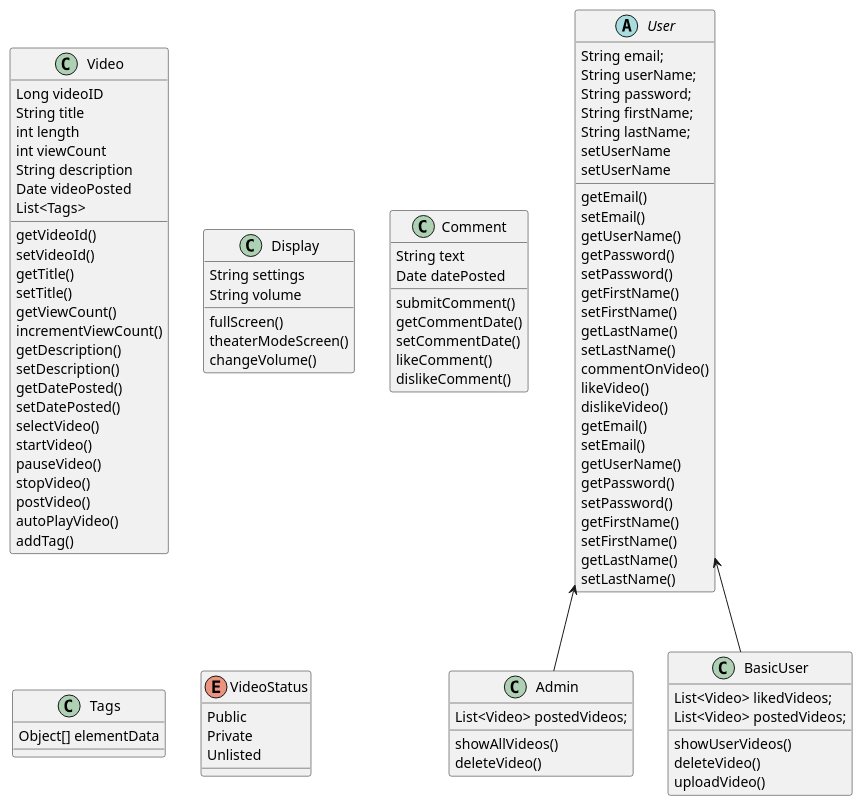
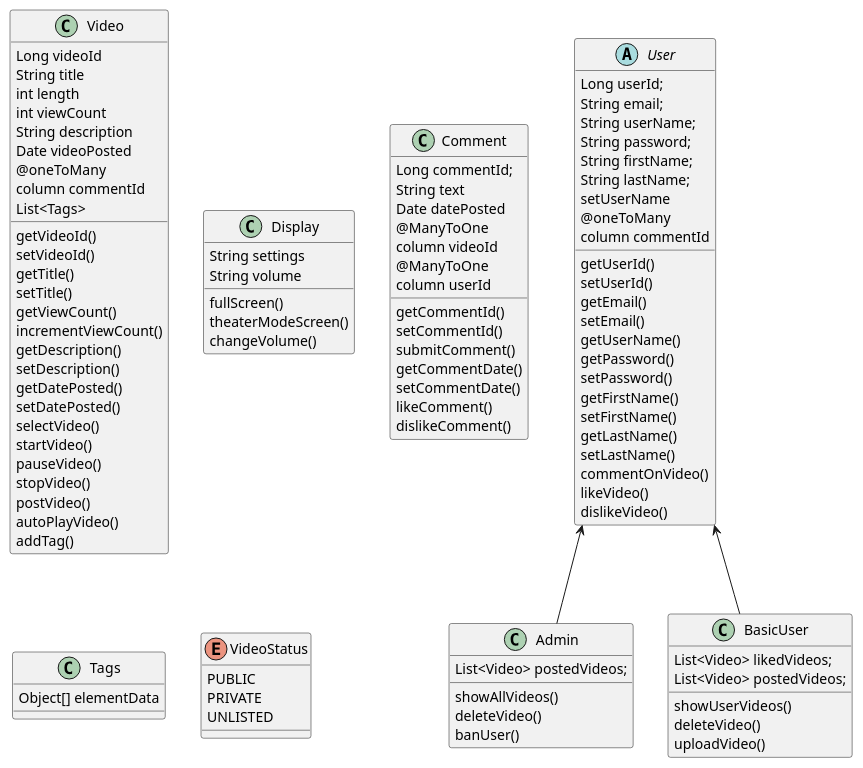
Before and after one commit to theresa-mashura/FullStack.MicroWebApplication-Server: the diagram in ZipTubeUML.puml, drawn with PlantUML.

Commit message:
Updated UML

```diff
--- a/ZipTubeUML.puml
+++ b/ZipTubeUML.puml
@@ -1,122 +1,127 @@
 @startuml
 'https://plantuml.com/class-diagram
 '
 'abstract class AbstractList
 'abstract AbstractCollection
 'interface List
 'interface Collection
 '
 'List <|-- AbstractList
 'Collection <|-- AbstractCollection
 '
 'Collection <|- List
 'AbstractCollection <|- AbstractList
 'AbstractList <|-- ArrayList
 
 class Video {
-Long videoID
+Long videoId
 String title
 int length
 int viewCount
 String description
 Date videoPosted
+@oneToMany
+column commentId
 List<Tags>
 getVideoId()
 setVideoId()
 getTitle()
 setTitle()
 getViewCount()
 incrementViewCount()
 getDescription()
 setDescription()
 getDatePosted()
 setDatePosted()
 selectVideo()
 startVideo()
 pauseVideo()
 stopVideo()
 postVideo()
 autoPlayVideo()
 addTag()
 }
 
 class Display {
 String settings
 String volume
 fullScreen()
 theaterModeScreen()
 changeVolume()
 }
 
 User <-- Admin
 User <-- BasicUser
 
 Abstract class User{
+Long userId;
 String email;
 String userName;
 String password;
 String firstName;
 String lastName;
+getUserId()
+setUserId()
 getEmail()
 setEmail()
 getUserName()
 setUserName
 getPassword()
 setPassword()
 getFirstName()
 setFirstName()
 getLastName()
 setLastName()
 commentOnVideo()
 likeVideo()
 dislikeVideo()
-getEmail()
-setEmail()
-getUserName()
-setUserName
-getPassword()
-setPassword()
-getFirstName()
-setFirstName()
-getLastName()
-setLastName()
+@oneToMany
+column commentId
 }
 
 class Admin{
 List<Video> postedVideos;
 showAllVideos()
 deleteVideo()
+banUser()
 }
 
 class BasicUser {
 List<Video> likedVideos;
 List<Video> postedVideos;
 showUserVideos()
 deleteVideo()
 uploadVideo()
 }
 
 class Comment {
+Long commentId;
 String text
 Date datePosted
+@ManyToOne
+column videoId
+@ManyToOne
+column userId
+getCommentId()
+setCommentId()
 submitComment()
 getCommentDate()
 setCommentDate()
 likeComment()
 dislikeComment()
 }
 
 class Tags {
 Object[] elementData
 
 }
 
 
 
 enum VideoStatus {
-Public
-Private
-Unlisted
+PUBLIC
+PRIVATE
+UNLISTED
 }
 
 @enduml
```
